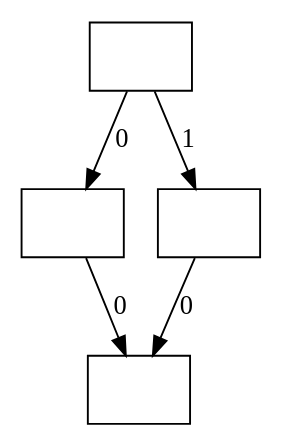
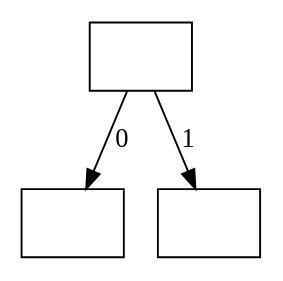
The diagram in main.dot (Jakobhuffman/p2), drawn with Graphviz before and after one commit. The commit also changed 3 other files, not shown here.

```diff
--- a/main.dot
+++ b/main.dot
@@ -1,10 +1,7 @@
 digraph {
     Node0 [shape=record,label=""];
     Node1 [shape=record,label=""];
     Node2 [shape=record,label=""];
-    Node3 [shape=record,label=""];
     Node0 -> Node1 [label=0];
     Node0 -> Node2 [label=1];
-    Node1 -> Node3 [label=0];
-    Node2 -> Node3 [label=0];
 }
```
